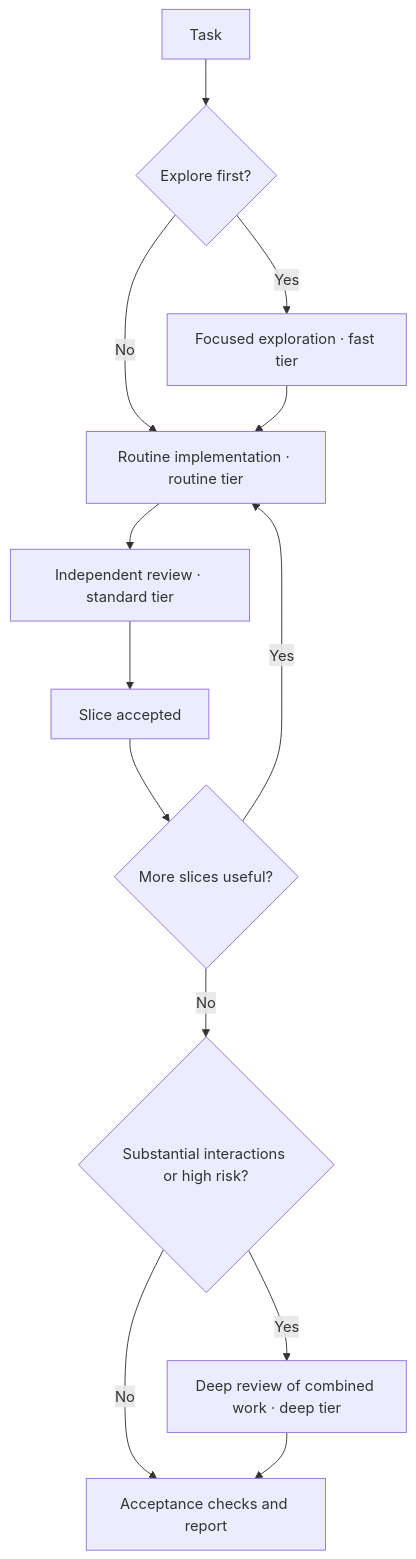
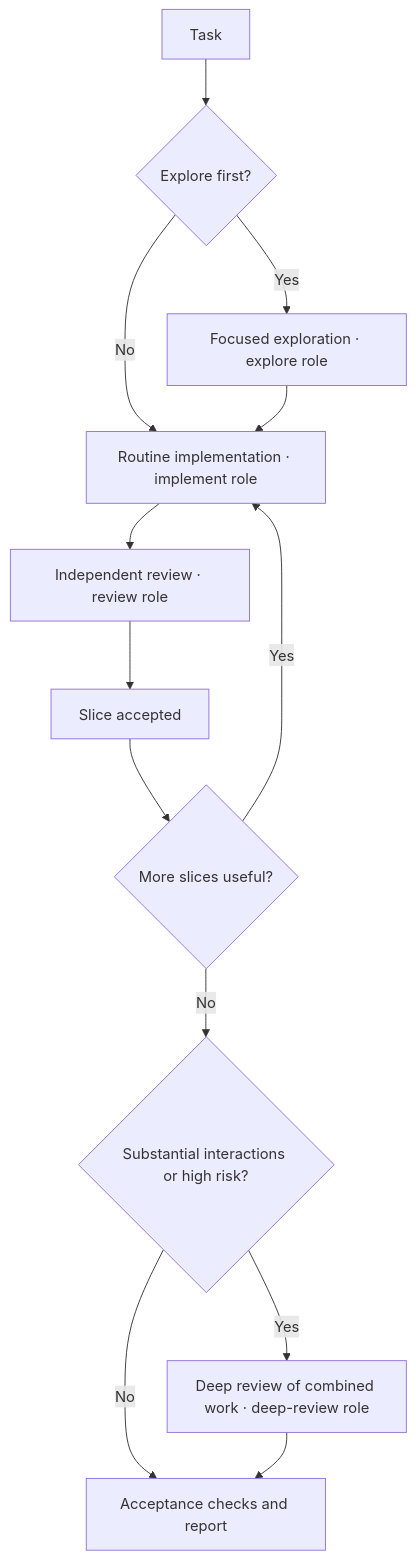
The first of 2 diagrams in docs/skills/work/index.md (alefranz/AgenticAle), drawn with Mermaid before and after one commit. The commit also changed other lines of this file and 96 other files, not shown here.

````diff
--- a/docs/skills/work/index.md
+++ b/docs/skills/work/index.md
@@ -149,15 +148,15 @@
 ```mermaid
 flowchart TD
     Task[Task] --> ExploreNeeded{Explore first?}
-    ExploreNeeded -->|Yes| Explore[Focused exploration · fast tier]
-    ExploreNeeded -->|No| Implement[Routine implementation · routine tier]
+    ExploreNeeded -->|Yes| Explore[Focused exploration · explore role]
+    ExploreNeeded -->|No| Implement[Routine implementation · implement role]
     Explore --> Implement
-    Implement --> Review[Independent review · standard tier]
+    Implement --> Review[Independent review · review role]
     Review --> SliceAccepted[Slice accepted]
     SliceAccepted --> MoreSlices{More slices useful?}
     MoreSlices -->|Yes| Implement
     MoreSlices -->|No| DeepReviewNeeded{Substantial interactions or high risk?}
-    DeepReviewNeeded -->|Yes| DeepReview[Deep review of combined work · deep tier]
+    DeepReviewNeeded -->|Yes| DeepReview[Deep review of combined work · deep-review role]
     DeepReviewNeeded -->|No| Checks[Acceptance checks and report]
     DeepReview --> Checks
 ```
````
